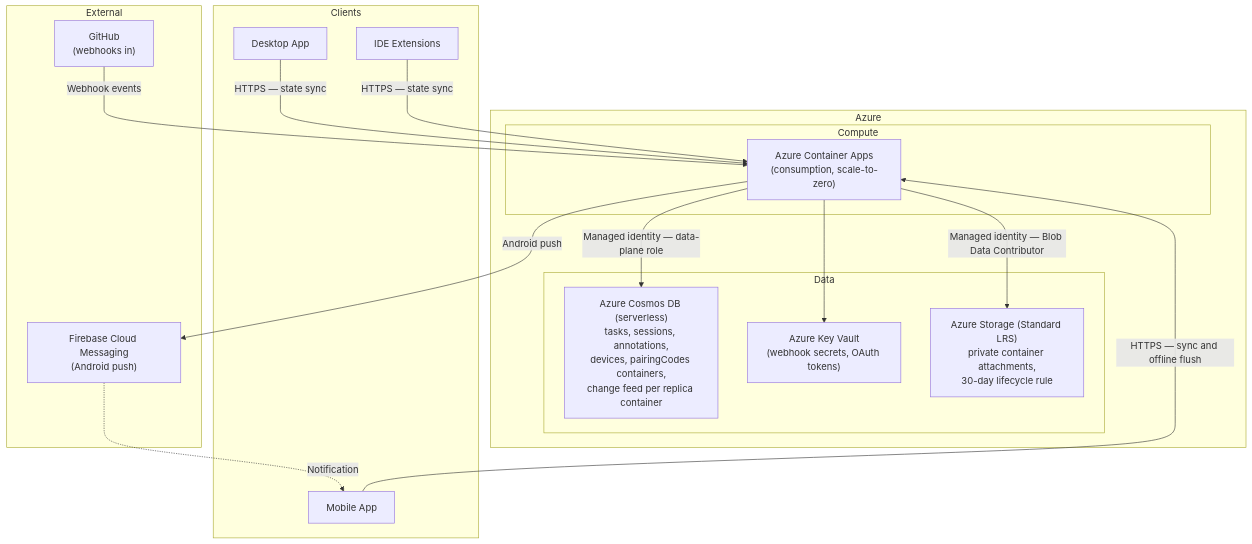
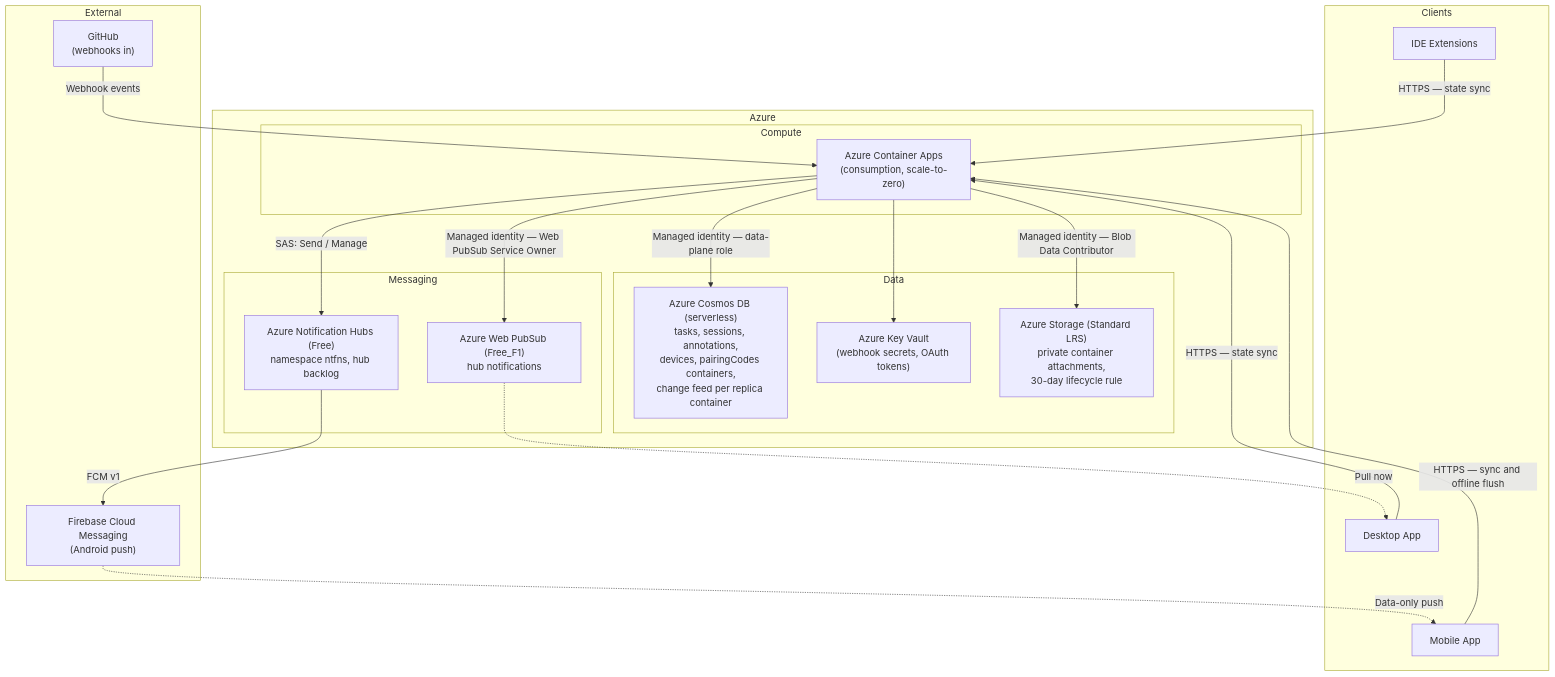
One commit to JSdotNet/Backlog changed the fifth of 7 diagrams in .devbook/arc42/07-deployment-view.md. Above: the diagram before and after it, drawn with Mermaid. The commit also changed other lines of this file and 86 other files, not shown here.

First line of the commit message:
feat(notifications): push to Android through Notification Hubs

````diff
--- a/.devbook/arc42/07-deployment-view.md
+++ b/.devbook/arc42/07-deployment-view.md
@@ -231,41 +238,46 @@
 ```mermaid
 flowchart TB
     subgraph "Azure"
         subgraph "Compute"
             AppService["Azure Container Apps\n(consumption, scale-to-zero)"]
         end
         subgraph "Data"
             CosmosDB["Azure Cosmos DB (serverless)\ntasks, sessions, annotations,\ndevices, pairingCodes containers,\nchange feed per replica container"]
             KeyVault["Azure Key Vault\n(webhook secrets, OAuth tokens)"]
             Storage["Azure Storage (Standard LRS)\nprivate container attachments,\n30-day lifecycle rule"]
+        end
+        subgraph "Messaging"
+            WebPubSub["Azure Web PubSub (Free_F1)\nhub notifications"]
+            NotificationHubs["Azure Notification Hubs (Free)\nnamespace ntfns, hub backlog"]
         end
     end
 
     subgraph "External"
         GitHub["GitHub\n(webhooks in)"]
         FCM["Firebase Cloud Messaging\n(Android push)"]
 
     end
 
     subgraph "Clients"
         Desktop["Desktop App"]
         Mobile["Mobile App"]
         IDE["IDE Extensions"]
     end
 
     Desktop -->|"HTTPS — state sync"| AppService
     Mobile -->|"HTTPS — sync and offline flush"| AppService
     IDE -->|"HTTPS — state sync"| AppService
 
     AppService -->|"Managed identity — data-plane role"| CosmosDB
     AppService --> KeyVault
     AppService -->|"Managed identity — Blob Data Contributor"| Storage
 
     GitHub -->|"Webhook events"| AppService
 
-    AppService -->|"Android push"| FCM
-
-
-    FCM -.->|Notification| Mobile
+    AppService -->|"Managed identity — Web PubSub Service Owner"| WebPubSub
+    WebPubSub -.->|"Pull now"| Desktop
+    AppService -->|"SAS: Send / Manage"| NotificationHubs
+    NotificationHubs -->|"FCM v1"| FCM
+    FCM -.->|"Data-only push"| Mobile
 
 ```
````
